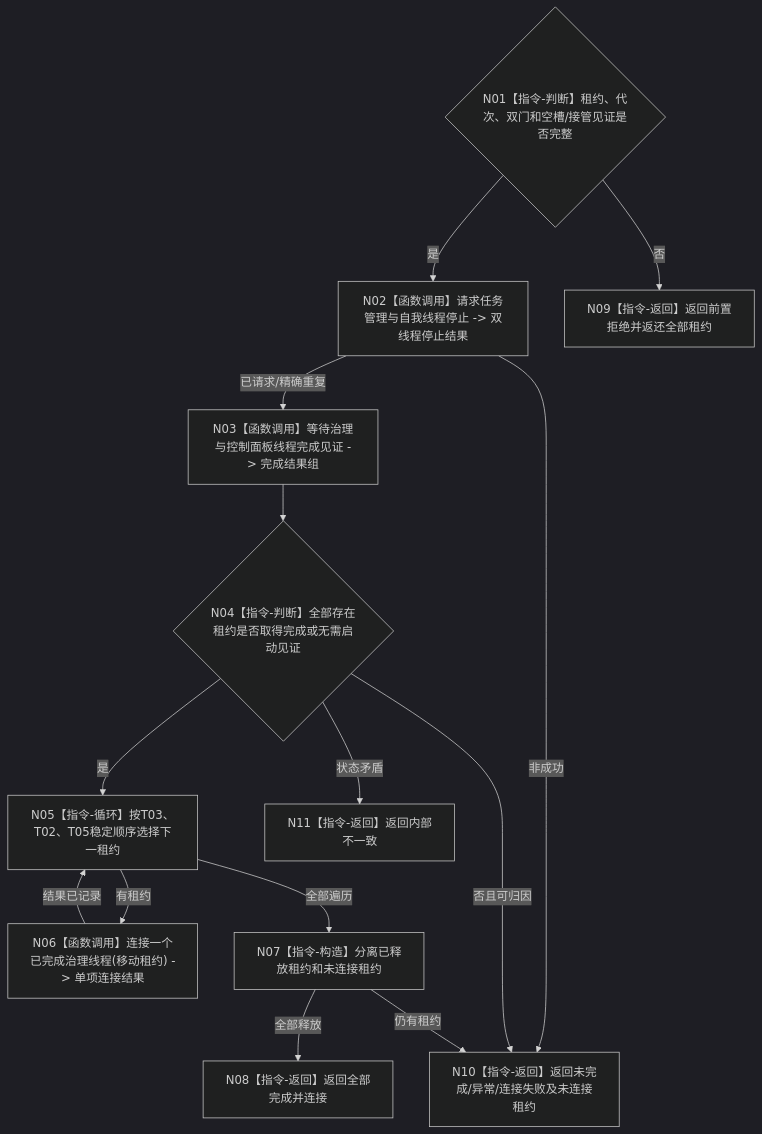
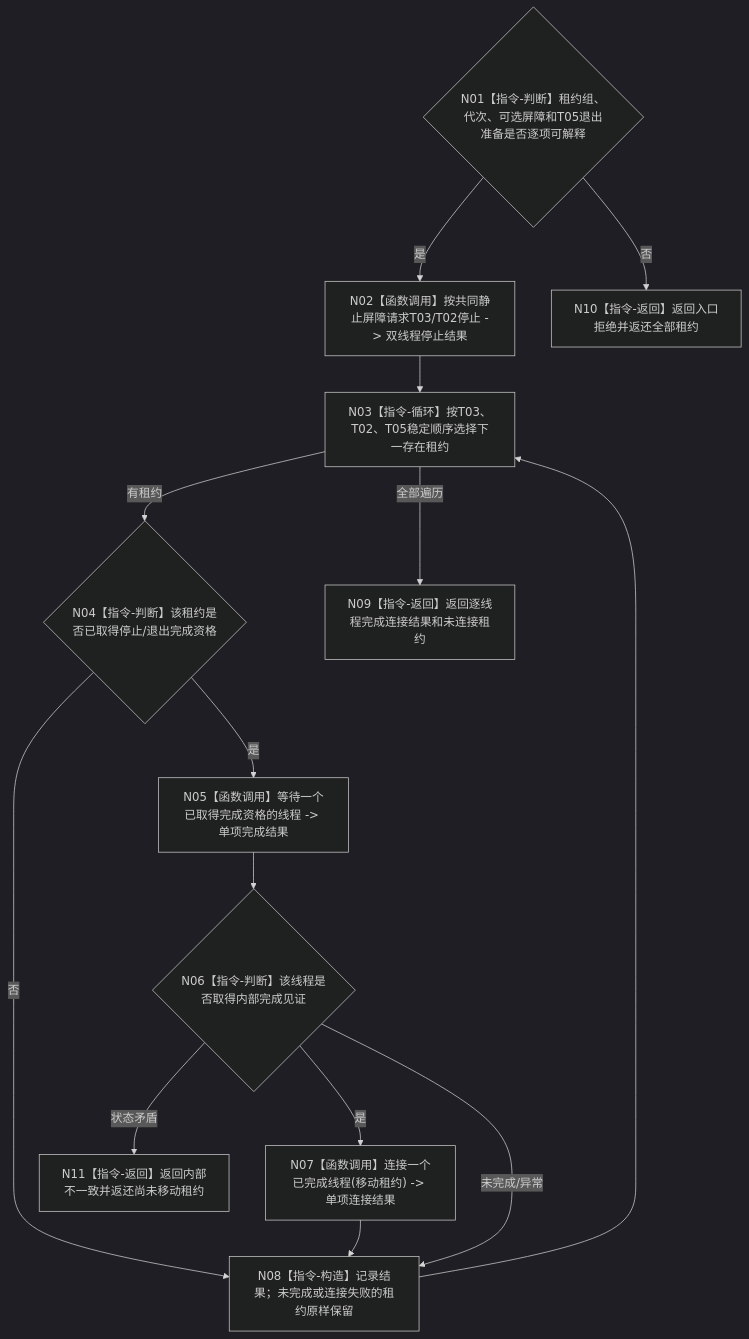
The diagram in 流程图/目标业务流程图/L3/BIZ-L3-001-14-04_请求治理线程完成并连接租约组_目标函数流程图_v0.1.md (chunhaizh-cyber/HY-Ego), drawn with Mermaid (dark theme) before and after one commit. The commit also changed other lines of this file and 25 other files, not shown here.

````diff
--- a/流程图/目标业务流程图/L3/BIZ-L3-001-14-04_请求治理线程完成并连接租约组_目标函数流程图_v0.1.md
+++ b/流程图/目标业务流程图/L3/BIZ-L3-001-14-04_请求治理线程完成并连接租约组_目标函数流程图_v0.1.md
@@ -30,27 +30,24 @@
 ```mermaid
 flowchart TD
-    N01{"N01【指令-判断】租约、代次、双门和空槽/接管见证是否完整"}
-    N02["N02【函数调用】请求任务管理与自我线程停止 -> 双线程停止结果"]
-    N03["N03【函数调用】等待治理与控制面板线程完成见证 -> 完成结果组"]
-    N04{"N04【指令-判断】全部存在租约是否取得完成或无需启动见证"}
-    N05["N05【指令-循环】按T03、T02、T05稳定顺序选择下一租约"]
-    N06["N06【函数调用】连接一个已完成治理线程(移动租约) -> 单项连接结果"]
-    N07["N07【指令-构造】分离已释放租约和未连接租约"]
-    N08["N08【指令-返回】返回全部完成并连接"]
-    N09["N09【指令-返回】返回前置拒绝并返还全部租约"]
-    N10["N10【指令-返回】返回未完成/异常/连接失败及未连接租约"]
-    N11["N11【指令-返回】返回内部不一致"]
+    N01{"N01【指令-判断】租约组、代次、可选屏障和T05退出准备是否逐项可解释"}
+    N02["N02【函数调用】按共同静止屏障请求T03/T02停止 -> 双线程停止结果"]
+    N03["N03【指令-循环】按T03、T02、T05稳定顺序选择下一存在租约"]
+    N04{"N04【指令-判断】该租约是否已取得停止/退出完成资格"}
+    N05["N05【函数调用】等待一个已取得完成资格的线程 -> 单项完成结果"]
+    N06{"N06【指令-判断】该线程是否取得内部完成见证"}
+    N07["N07【函数调用】连接一个已完成线程(移动租约) -> 单项连接结果"]
+    N08["N08【指令-构造】记录结果；未完成或连接失败的租约原样保留"]
+    N09["N09【指令-返回】返回逐线程完成连接结果和未连接租约"]
+    N10["N10【指令-返回】返回入口拒绝并返还全部租约"]
+    N11["N11【指令-返回】返回内部不一致并返还尚未移动租约"]
 
-    N01 -->|否| N09
-    N01 -->|是| N02
-    N02 -->|已请求/精确重复| N03
-    N02 -->|非成功| N10
-    N03 --> N04
-    N04 -->|否且可归因| N10
-    N04 -->|状态矛盾| N11
-    N04 -->|是| N05
-    N05 -->|有租约| N06 -->|结果已记录| N05
-    N05 -->|全部遍历| N07
-    N07 -->|全部释放| N08
-    N07 -->|仍有租约| N10
+    N01 -->|否| N10
+    N01 -->|是| N02 --> N03
+    N03 -->|有租约| N04
+    N04 -->|否| N08 --> N03
+    N04 -->|是| N05 --> N06
+    N06 -->|是| N07 --> N08
+    N06 -->|未完成/异常| N08
+    N06 -->|状态矛盾| N11
+    N03 -->|全部遍历| N09
 ```
````
